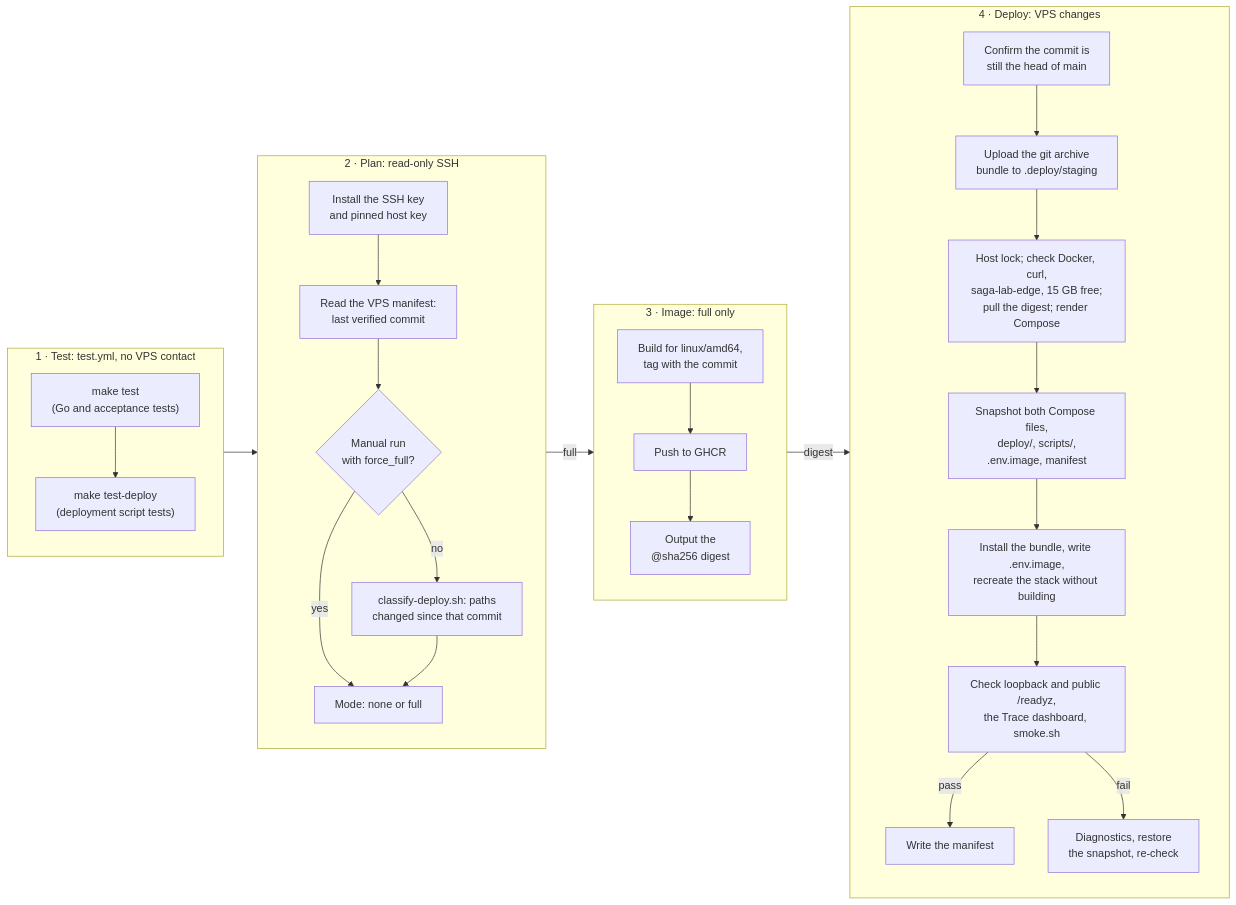
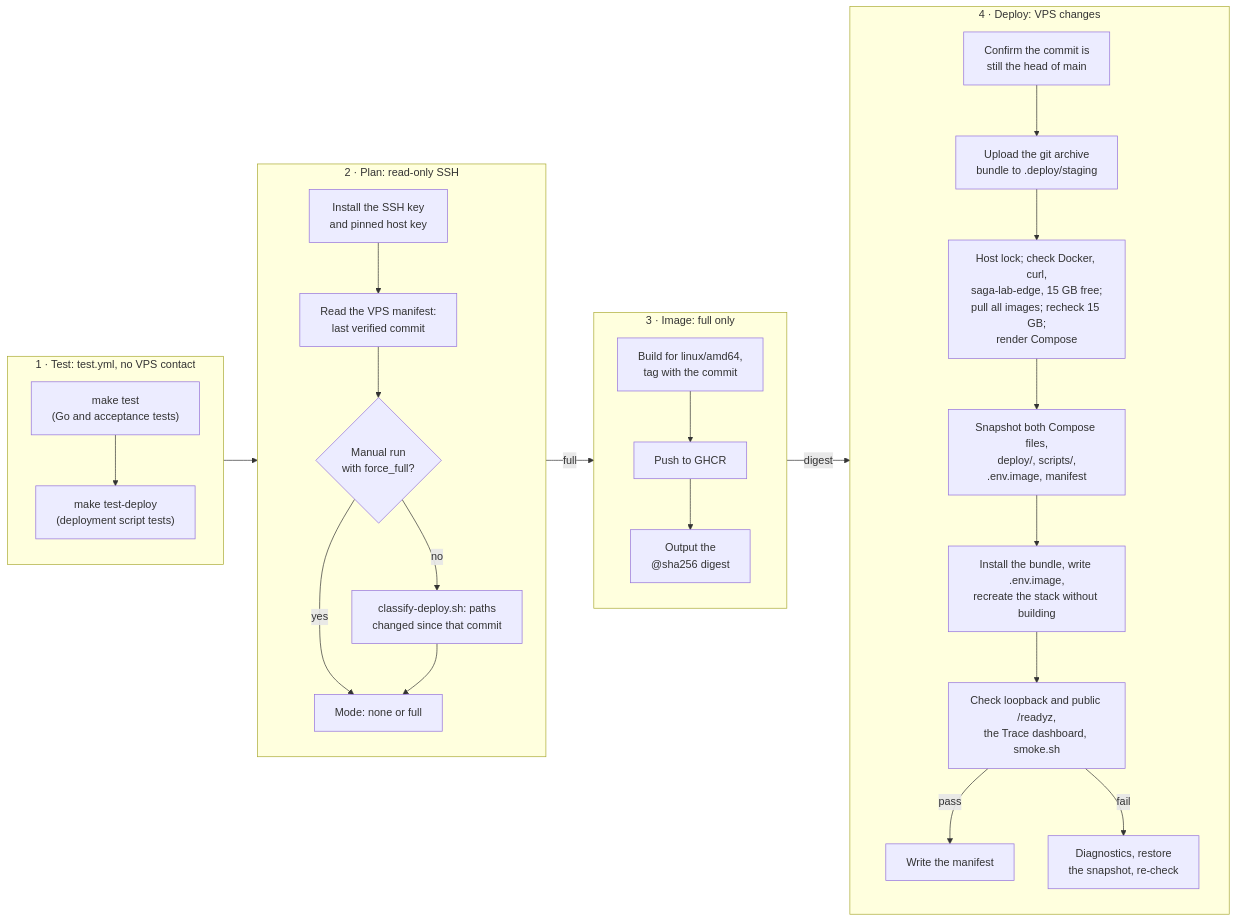
Before and after one commit to dvinubius/saga-lab: the diagram in docs/deployment-runbook.md, drawn with Mermaid. The commit also changed other lines of this file and 26 other files, not shown here.

````diff
--- a/docs/deployment-runbook.md
+++ b/docs/deployment-runbook.md
@@ -20,33 +20,33 @@
 ```mermaid
 flowchart LR
   subgraph test["1 · Test: test.yml, no VPS contact"]
     direction TB
     t1["make test<br/>(Go and acceptance tests)"] --> t2["make test-deploy<br/>(deployment script tests)"]
   end
   subgraph plan["2 · Plan: read-only SSH"]
     direction TB
     p1["Install the SSH key<br/>and pinned host key"] --> p2["Read the VPS manifest:<br/>last verified commit"]
     p2 --> p3{"Manual run<br/>with force_full?"}
     p3 -- no --> p4["classify-deploy.sh: paths<br/>changed since that commit"]
     p3 -- yes --> p5["Mode: none or full"]
     p4 --> p5
   end
   subgraph image["3 · Image: full only"]
     direction TB
     i1["Build for linux/amd64,<br/>tag with the commit"] --> i2["Push to GHCR"]
     i2 --> i3["Output the<br/>@sha256 digest"]
   end
   subgraph deploy["4 · Deploy: VPS changes"]
     direction TB
     d1["Confirm the commit is<br/>still the head of main"] --> d2["Upload the git archive<br/>bundle to .deploy/staging"]
-    d2 --> d3["Host lock; check Docker, curl,<br/>saga-lab-edge, 15 GB free;<br/>pull the digest; render Compose"]
+    d2 --> d3["Host lock; check Docker, curl,<br/>saga-lab-edge, 15 GB free;<br/>pull all images; recheck 15 GB;<br/>render Compose"]
     d3 --> d4["Snapshot both Compose files,<br/>deploy/, scripts/,<br/>.env.image, manifest"]
     d4 --> d5["Install the bundle, write .env.image,<br/>recreate the stack without building"]
     d5 --> d6["Check loopback and public /readyz,<br/>the Trace dashboard, smoke.sh"]
     d6 -- pass --> d7["Write the manifest"]
     d6 -- fail --> d8["Diagnostics, restore<br/>the snapshot, re-check"]
   end
   test --> plan
   plan -- full --> image
   image -- digest --> deploy
 ```
````
